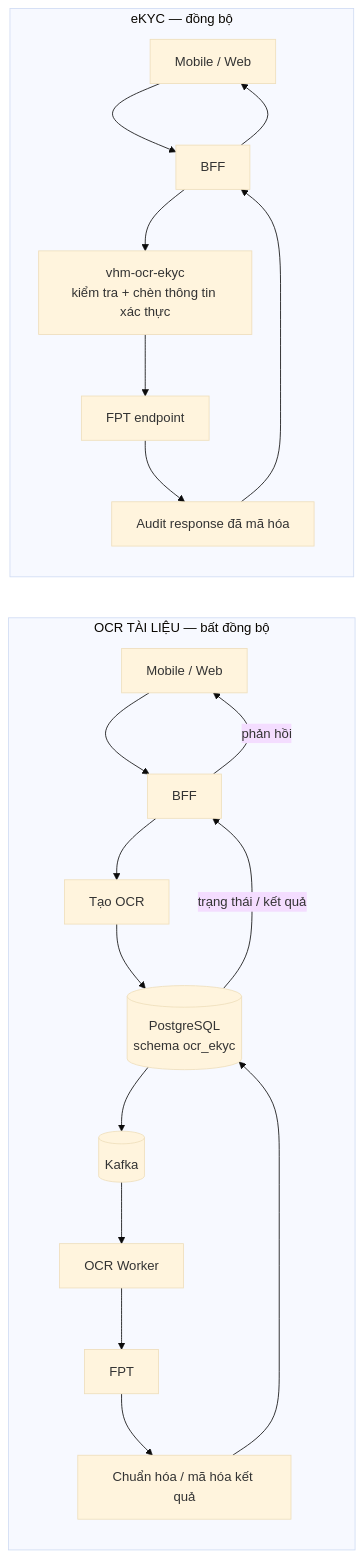
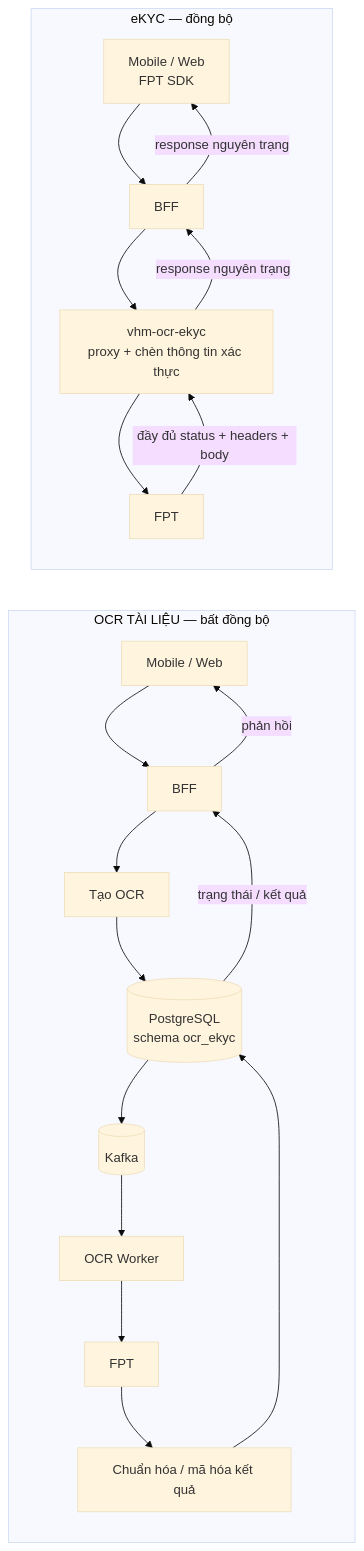
The third of 12 diagrams in tdd-ocr-ekyc.md (huynv-xyz/vhm), drawn with Mermaid (base theme) before and after one commit. The commit also changed other lines of this file, not shown here.

````diff
--- a/tdd-ocr-ekyc.md
+++ b/tdd-ocr-ekyc.md
@@ -304,21 +304,21 @@
 ```mermaid
 flowchart LR
     subgraph OCR[OCR TÀI LIỆU — bất đồng bộ]
         M[Mobile / Web] --> B[BFF] --> C[Tạo OCR]
         C --> T[(PostgreSQL<br/>schema ocr_ekyc)]
         T -->|trạng thái / kết quả| B
         B -->|phản hồi| M
         T --> K[(Kafka)] --> W[OCR Worker]
         W --> PR[FPT]
         PR --> N[Chuẩn hóa / mã hóa kết quả]
         N --> T
     end
 
     subgraph EKYC[eKYC — đồng bộ]
-        M2[Mobile / Web] --> B2[BFF] --> E[vhm-ocr-ekyc<br/>kiểm tra + chèn thông tin xác thực]
-        E --> F[FPT endpoint]
-        F --> A[Audit response đã mã hóa]
-        A --> B2
-        B2 --> M2
+        M2[Mobile / Web<br/>FPT SDK] --> B2[BFF] --> E[vhm-ocr-ekyc<br/>proxy + chèn thông tin xác thực]
+        E --> F[FPT]
+        F -->|đầy đủ status + headers + body| E
+        E -->|response nguyên trạng| B2
+        B2 -->|response nguyên trạng| M2
     end
 ```
````
